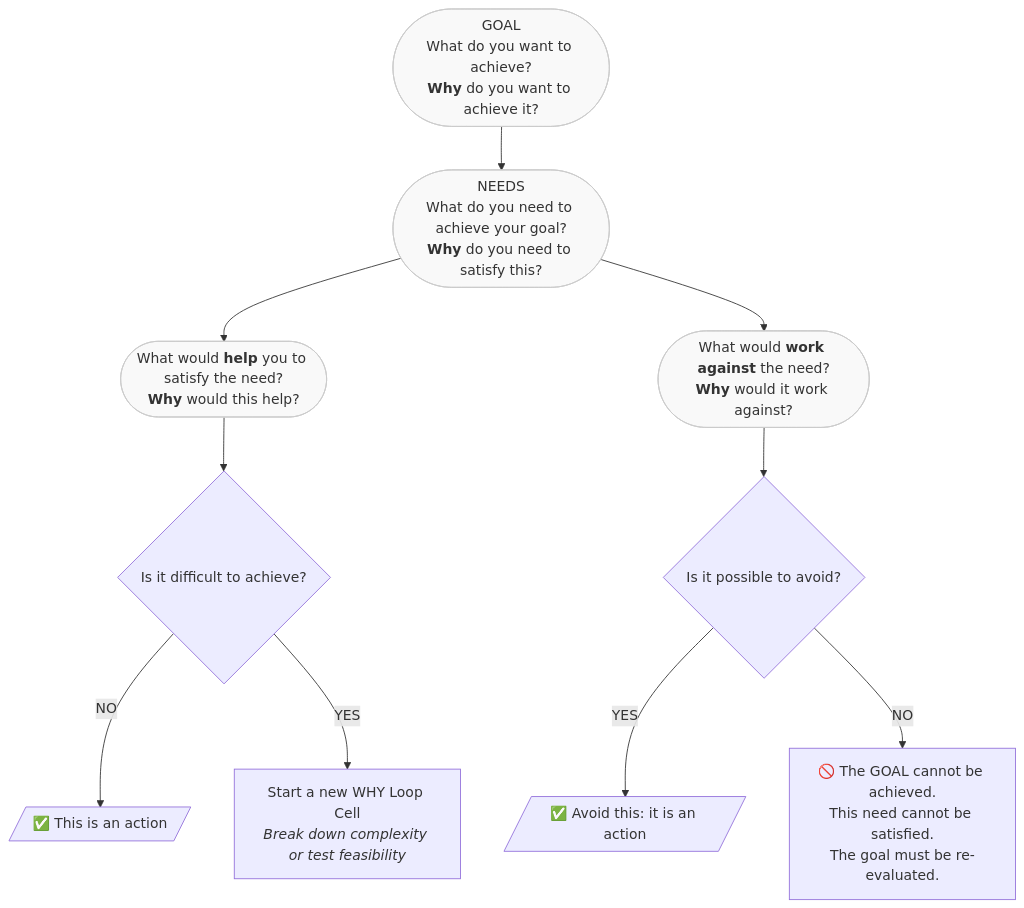
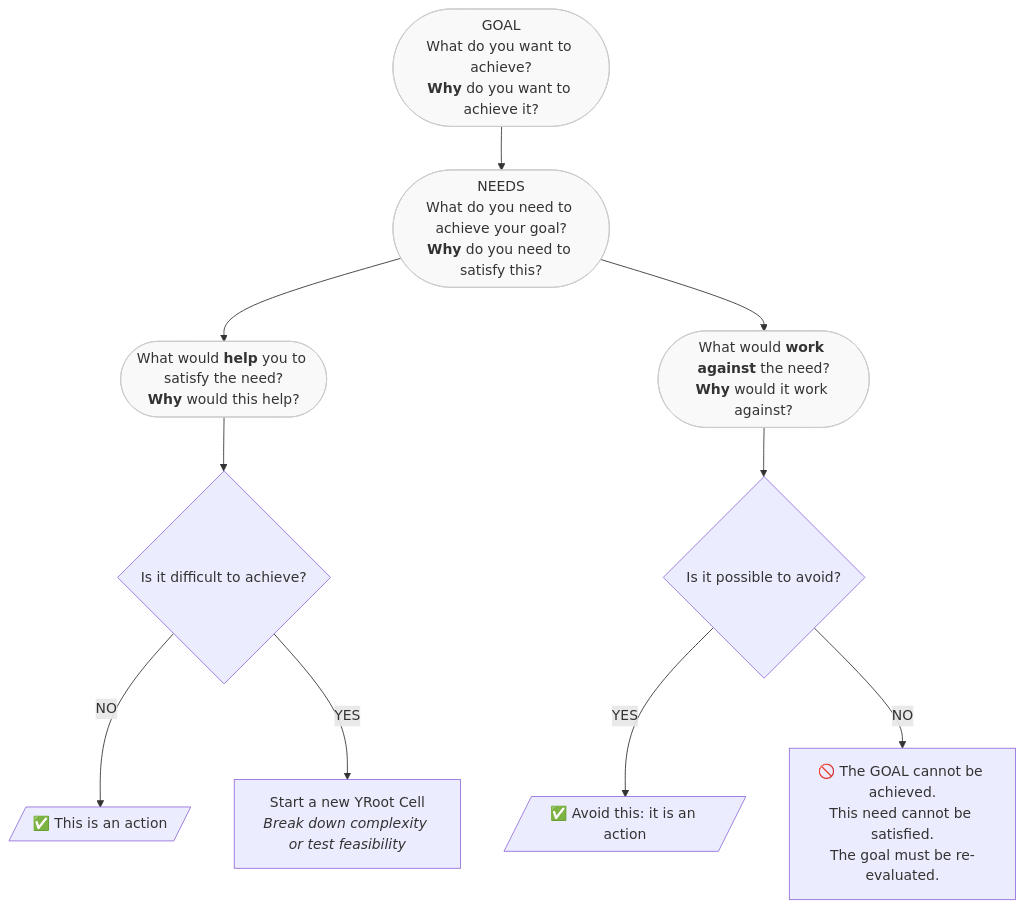
The fourth of 5 diagrams in docs/method.md (mug-n-ai/YRoot), drawn with Mermaid before and after one commit. The commit also changed other lines of this file and 15 other files, not shown here.

````diff
--- a/docs/method.md
+++ b/docs/method.md
@@ -125,28 +125,28 @@
 ```mermaid
 flowchart TD
-    %% main block WHY Loop Cell
+    %% main block YRoot Cell
     GOAL(["GOAL<br/>What do you want to achieve?<br/><b>Why</b> do you want to achieve it?"])
     NEEDS(["NEEDS<br/>What do you need to achieve your goal?<br/><b>Why</b> do you need to satisfy this?"])
     HELP(["What would <b>help</b> you to satisfy the need?<br/><b>Why</b> would this help?"])
     RISK(["What would <b>work against</b> the need?<br/><b>Why</b> would it work against?"])
 
     %% logical connections 
     GOAL --> NEEDS
     NEEDS --> HELP
     NEEDS --> RISK
 
     %% HELP side bifurcation
     HELP --> DIFF{Is it difficult to achieve?}
     DIFF -->|NO| ACT1[/"✅ This is an action"/]
-    DIFF -->|YES| NEWCELL["Start a new WHY Loop Cell<br/><i>Break down complexity or test feasibility</i>"]
+    DIFF -->|YES| NEWCELL["Start a new YRoot Cell<br/><i>Break down complexity or test feasibility</i>"]
 
     %% RISK side bifurcation
     RISK --> AVOID{Is it possible to avoid?}
     AVOID -->|YES| ACT2[/"✅ Avoid this: it is an action"/]
     AVOID -->|NO| FAIL["🚫 The GOAL cannot be achieved.<br/>This need cannot be satisfied.<br/>The goal must be re-evaluated."]
 
     %% Annotations
     classDef cell fill:#f9f9f9,stroke:#ccc,stroke-width:1px;
     class GOAL,NEEDS,HELP,RISK cell;
 
 ```
````
